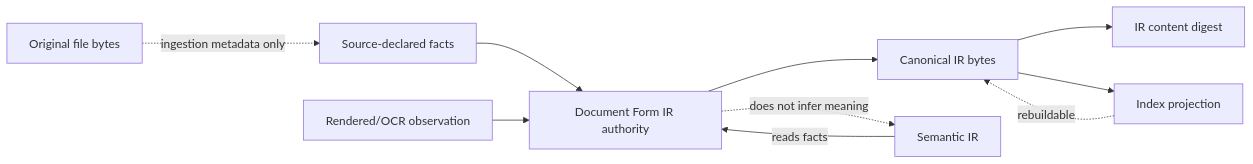
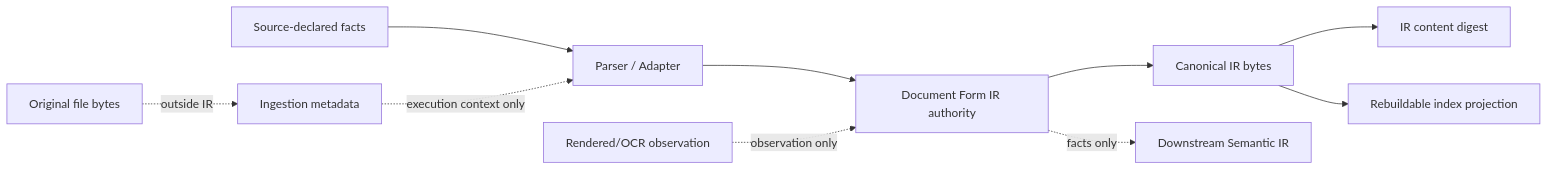
The diagram in diagrams/authority.mmd (horiyamayoh/fdir), drawn with Mermaid before and after one commit. The commit also changed 49 other files, not shown here.

```diff
--- a/diagrams/authority.mmd
+++ b/diagrams/authority.mmd
@@ -1,10 +1,10 @@
 flowchart LR
-  source[Source-declared facts] --> ir[Document Form IR authority]
+  source[Source-declared facts] --> adapter[Parser / Adapter]
+  adapter --> ir[Document Form IR authority]
   ir --> canonical[Canonical IR bytes]
   canonical --> digest[IR content digest]
-  canonical --> index[Index projection]
-  index -. rebuildable .-> canonical
-  rendered[Rendered/OCR observation] --> ir
-  sourceBytes[Original file bytes] -. ingestion metadata only .-> source
-  semantic[Semantic IR] -->|reads facts| ir
-  ir -. does not infer meaning .-> semantic
+  canonical --> index[Rebuildable index projection]
+  rendered[Rendered/OCR observation] -. observation only .-> ir
+  ir -. facts only .-> semantic[Downstream Semantic IR]
+  sourceBytes[Original file bytes] -. outside IR .-> metadata[Ingestion metadata]
+  metadata -. execution context only .-> adapter
```
